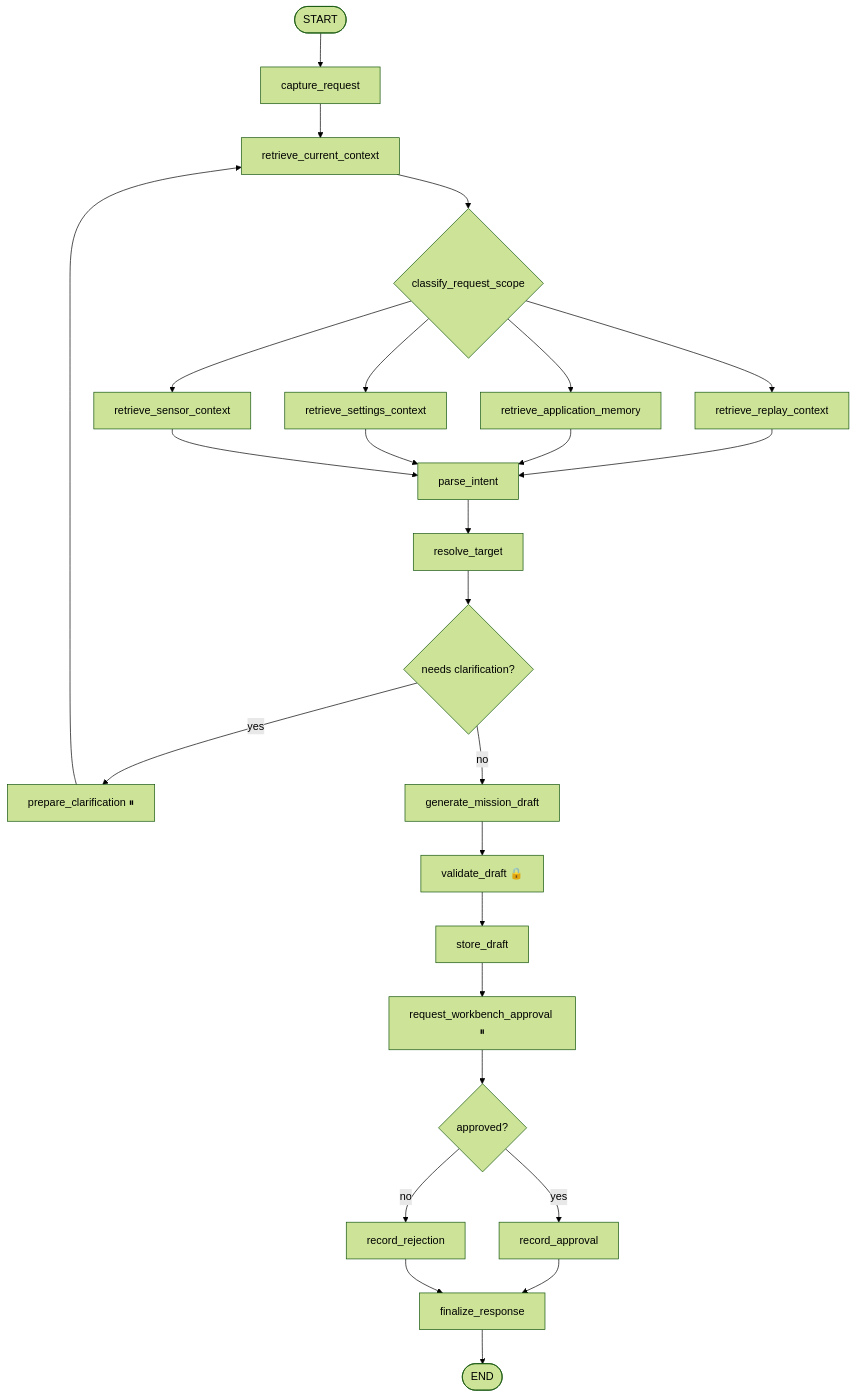
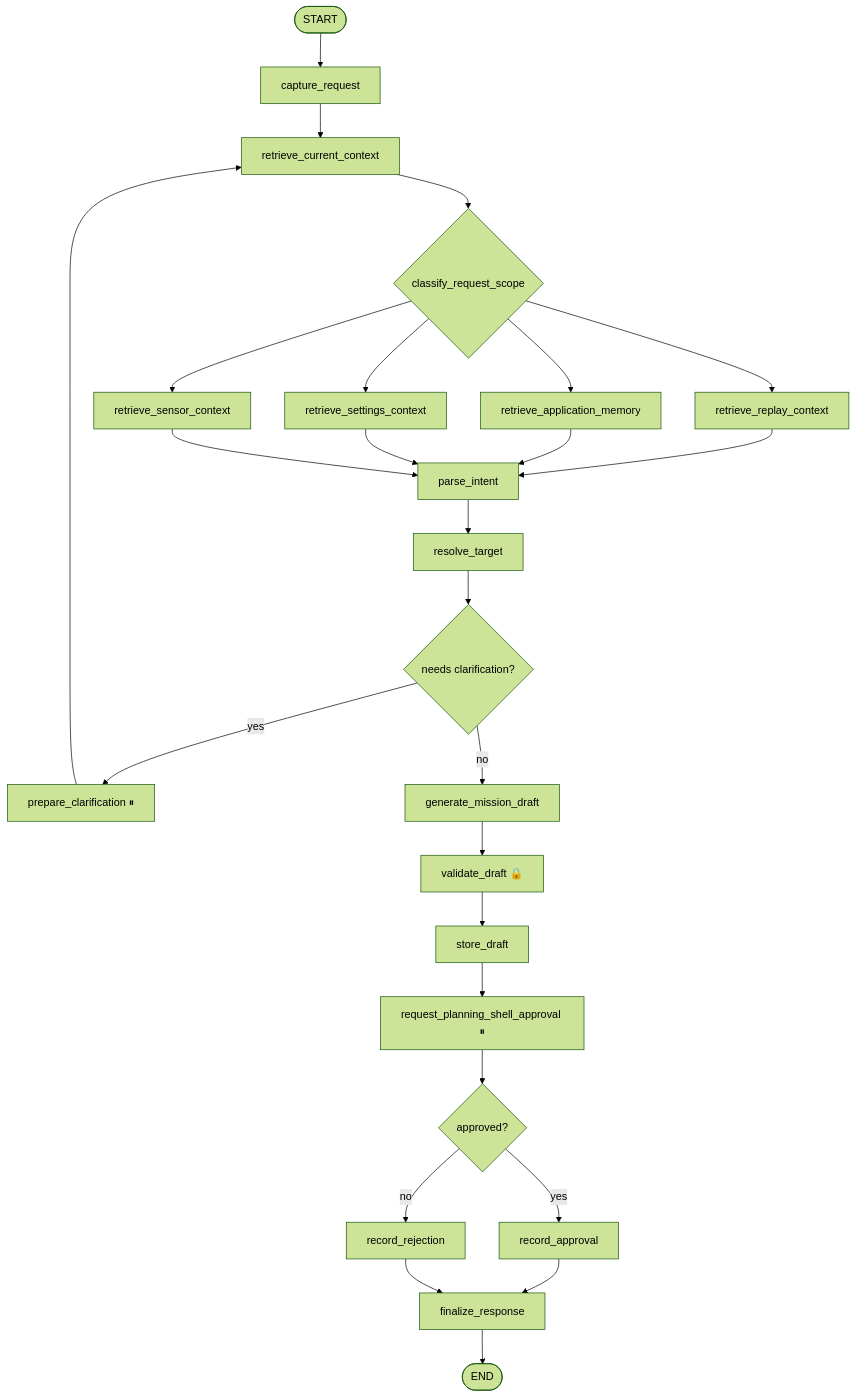
The second of 11 diagrams in docs/components/ai-agent/internals/graph-spec.md (vardan6/uxv-agent), drawn with Mermaid (forest theme) before and after one commit. The commit also changed other lines of this file and 57 other files, not shown here.

Commit message:
feat(gcs,ai): planning shell and terrain map improvements

````diff
--- a/docs/components/ai-agent/internals/graph-spec.md
+++ b/docs/components/ai-agent/internals/graph-spec.md
@@ -170,24 +170,24 @@
 ```mermaid
 flowchart TB
     S([START]) --> CAP[capture_request]
     CAP --> CTX0[retrieve_current_context]
     CTX0 --> SC{classify_request_scope}
 
     SC --> R1[retrieve_replay_context]
     SC --> R2[retrieve_application_memory]
     SC --> R3[retrieve_settings_context]
     SC --> R4[retrieve_sensor_context]
 
     R1 & R2 & R3 & R4 --> PI[parse_intent]
     PI --> RT[resolve_target]
     RT --> CL{needs clarification?}
     CL -- yes --> PC[prepare_clarification ⏸] --> CTX0
     CL -- no --> GD[generate_mission_draft]
     GD --> VD[validate_draft 🔒]
     VD --> ST[store_draft]
-    ST --> AP[request_workbench_approval ⏸]
+    ST --> AP[request_planning_shell_approval ⏸]
     AP --> D{approved?}
     D -- yes --> RA[record_approval] --> FN[finalize_response]
     D -- no --> RJ[record_rejection] --> FN
     FN --> E([END])
 ```
````
